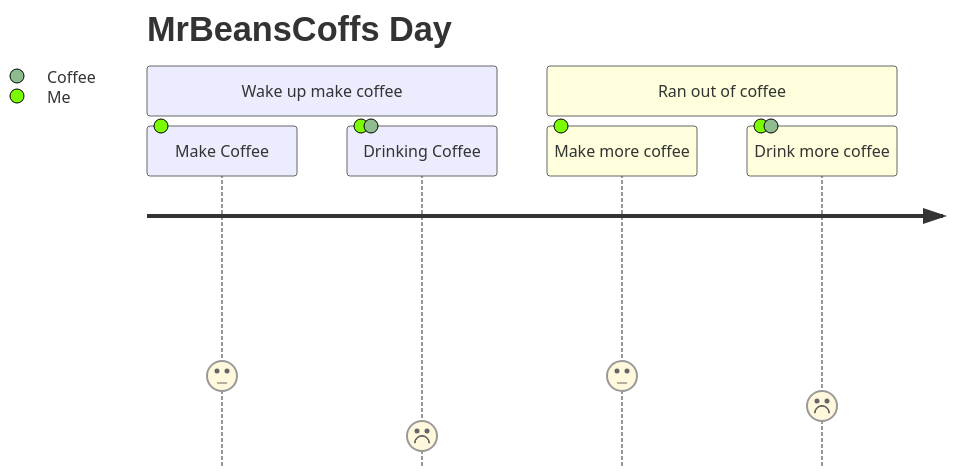
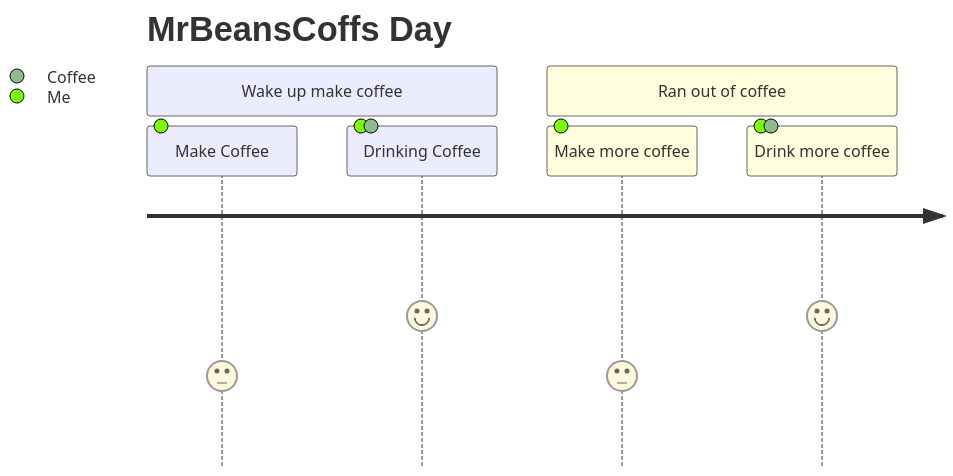
The diagram in README.md (MrBeansCoff/MrBeansCoff), drawn with Mermaid before and after one commit.

````diff
--- a/README.md
+++ b/README.md
@@ -137,12 +137,12 @@
 ```mermaid
  journey
    title MrBeansCoffs Day
 
    section Wake up make coffee
       Make Coffee: 3: Me
-      Drinking Coffee: 1: Me, Coffee
+      Drinking Coffee: 5: Me, Coffee
 
    section Ran out of coffee
    Make more coffee: 3: Me
-   Drink more coffee: 2: Me, Coffee
+   Drink more coffee: 5: Me, Coffee
 ```
````
